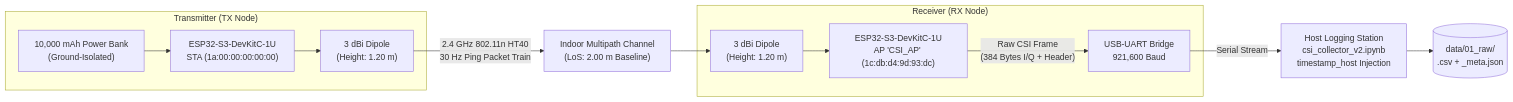
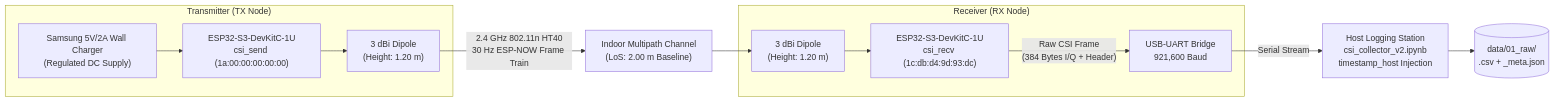
The first of 2 diagrams in docs/content/00_acquisition.md (wrlxavier/wifi-csi-presence-detection), drawn with Mermaid before and after one commit. The commit also changed other lines of this file and 1 other file, not shown here.

````diff
--- a/docs/content/00_acquisition.md
+++ b/docs/content/00_acquisition.md
@@ -42,18 +43,18 @@
 ```mermaid
 flowchart LR
     subgraph TX_Node ["Transmitter (TX Node)"]
-        BAT["10,000 mAh Power Bank<br/>(Ground-Isolated)"] --> ESP_TX["ESP32-S3-DevKitC-1U<br/>STA (1a:00:00:00:00:00)"]
+        PWR["Samsung 5V/2A Wall Charger<br/>(Regulated DC Supply)"] --> ESP_TX["ESP32-S3-DevKitC-1U<br/>csi_send (1a:00:00:00:00:00)"]
         ESP_TX --> ANT_TX["3 dBi Dipole<br/>(Height: 1.20 m)"]
     end
 
-    ANT_TX -- "2.4 GHz 802.11n HT40<br/>30 Hz Ping Packet Train" --> CHAN["Indoor Multipath Channel<br/>(LoS: 2.00 m Baseline)"]
+    ANT_TX -- "2.4 GHz 802.11n HT40<br/>30 Hz ESP-NOW Frame Train" --> CHAN["Indoor Multipath Channel<br/>(LoS: 2.00 m Baseline)"]
     CHAN --> ANT_RX["3 dBi Dipole<br/>(Height: 1.20 m)"]
 
     subgraph RX_Node ["Receiver (RX Node)"]
-        ANT_RX --> ESP_RX["ESP32-S3-DevKitC-1U<br/>AP 'CSI_AP' (1c:db:d4:9d:93:dc)"]
+        ANT_RX --> ESP_RX["ESP32-S3-DevKitC-1U<br/>csi_recv (1c:db:d4:9d:93:dc)"]
         ESP_RX -- "Raw CSI Frame<br/>(384 Bytes I/Q + Header)" --> UART["USB-UART Bridge<br/>921,600 Baud"]
     end
 
     UART -- "Serial Stream" --> PC["Host Logging Station<br/>csi_collector_v2.ipynb<br/>timestamp_host Injection"]
     PC --> DISK[("data/01_raw/<br/>.csv + _meta.json")]
 ```
````
